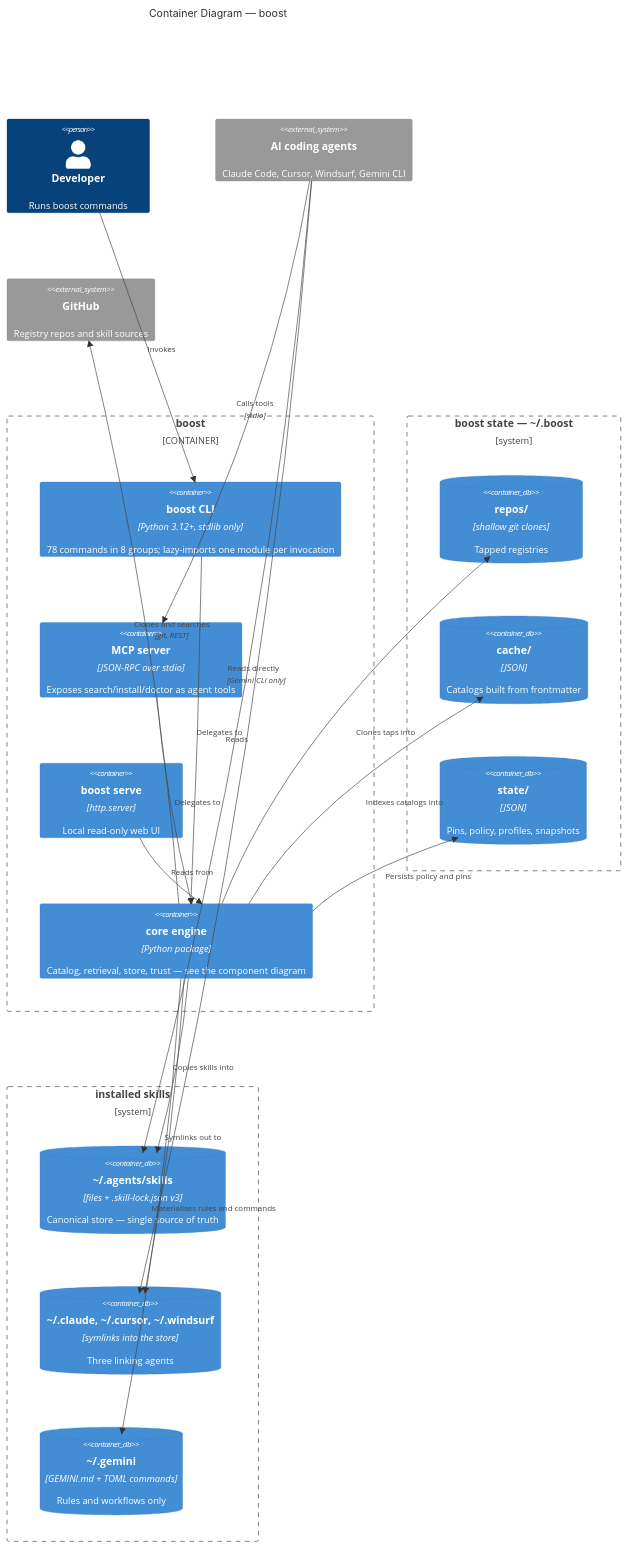
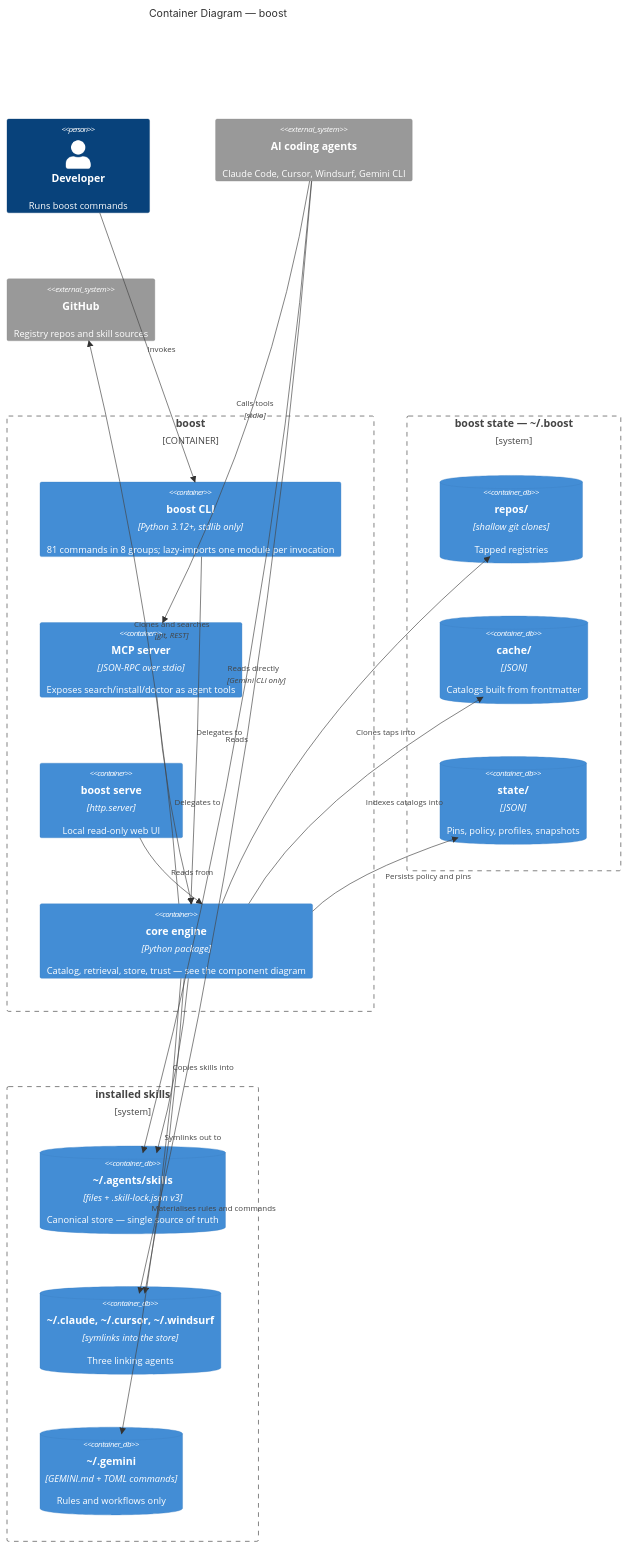
One commit to jonnyeclectic/boost changed the diagram in docs/architecture/c4-containers.md. Above: the diagram before and after it, drawn with Mermaid. The commit also changed 3 other files, not shown here.

````diff
--- a/docs/architecture/c4-containers.md
+++ b/docs/architecture/c4-containers.md
@@ -7,44 +7,44 @@
 ```mermaid
 C4Container
   title Container Diagram — boost
 
   Person(dev, "Developer", "Runs boost commands")
   System_Ext(agents, "AI coding agents", "Claude Code, Cursor, Windsurf, Gemini CLI")
   System_Ext(github, "GitHub", "Registry repos and skill sources")
 
   Container_Boundary(boost, "boost") {
-    Container(cli, "boost CLI", "Python 3.12+, stdlib only", "78 commands in 8 groups; lazy-imports one module per invocation")
+    Container(cli, "boost CLI", "Python 3.12+, stdlib only", "81 commands in 8 groups; lazy-imports one module per invocation")
     Container(mcp, "MCP server", "JSON-RPC over stdio", "Exposes search/install/doctor as agent tools")
     Container(web, "boost serve", "http.server", "Local read-only web UI")
     Container(engine, "core engine", "Python package", "Catalog, retrieval, store, trust — see the component diagram")
   }
 
   Boundary(state, "boost state — ~/.boost") {
     ContainerDb(repos, "repos/", "shallow git clones", "Tapped registries")
     ContainerDb(cache, "cache/", "JSON", "Catalogs built from frontmatter")
     ContainerDb(statedir, "state/", "JSON", "Pins, policy, profiles, snapshots")
   }
 
   Boundary(installed, "installed skills") {
     ContainerDb(store, "~/.agents/skills", "files + .skill-lock.json v3", "Canonical store — single source of truth")
     ContainerDb(links, "~/.claude, ~/.cursor, ~/.windsurf", "symlinks into the store", "Three linking agents")
     ContainerDb(gemini, "~/.gemini", "GEMINI.md + TOML commands", "Rules and workflows only")
   }
 
   Rel(dev, cli, "Invokes")
   Rel(agents, mcp, "Calls tools", "stdio")
   Rel(cli, engine, "Delegates to")
   Rel(mcp, engine, "Delegates to")
   Rel(web, engine, "Reads from")
   Rel(engine, github, "Clones and searches", "git, REST")
   Rel(engine, repos, "Clones taps into")
   Rel(engine, cache, "Indexes catalogs into")
   Rel(engine, statedir, "Persists policy and pins")
   Rel(engine, store, "Copies skills into")
   Rel(engine, links, "Symlinks out to")
   Rel(engine, gemini, "Materialises rules and commands")
   Rel(agents, store, "Reads directly", "Gemini CLI only")
   Rel(agents, links, "Reads")
 
   UpdateLayoutConfig($c4ShapeInRow="2", $c4BoundaryInRow="2")
 ```
````
